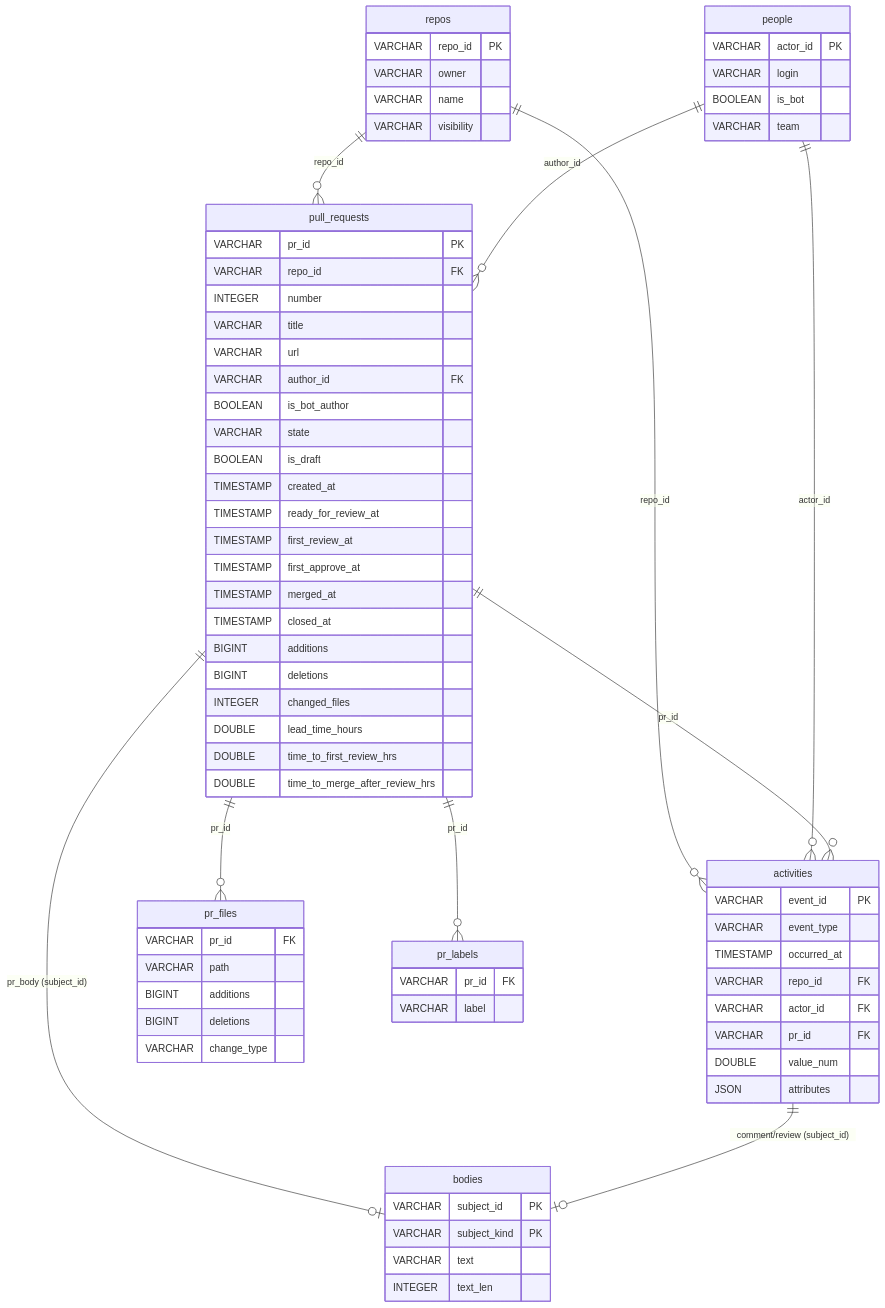
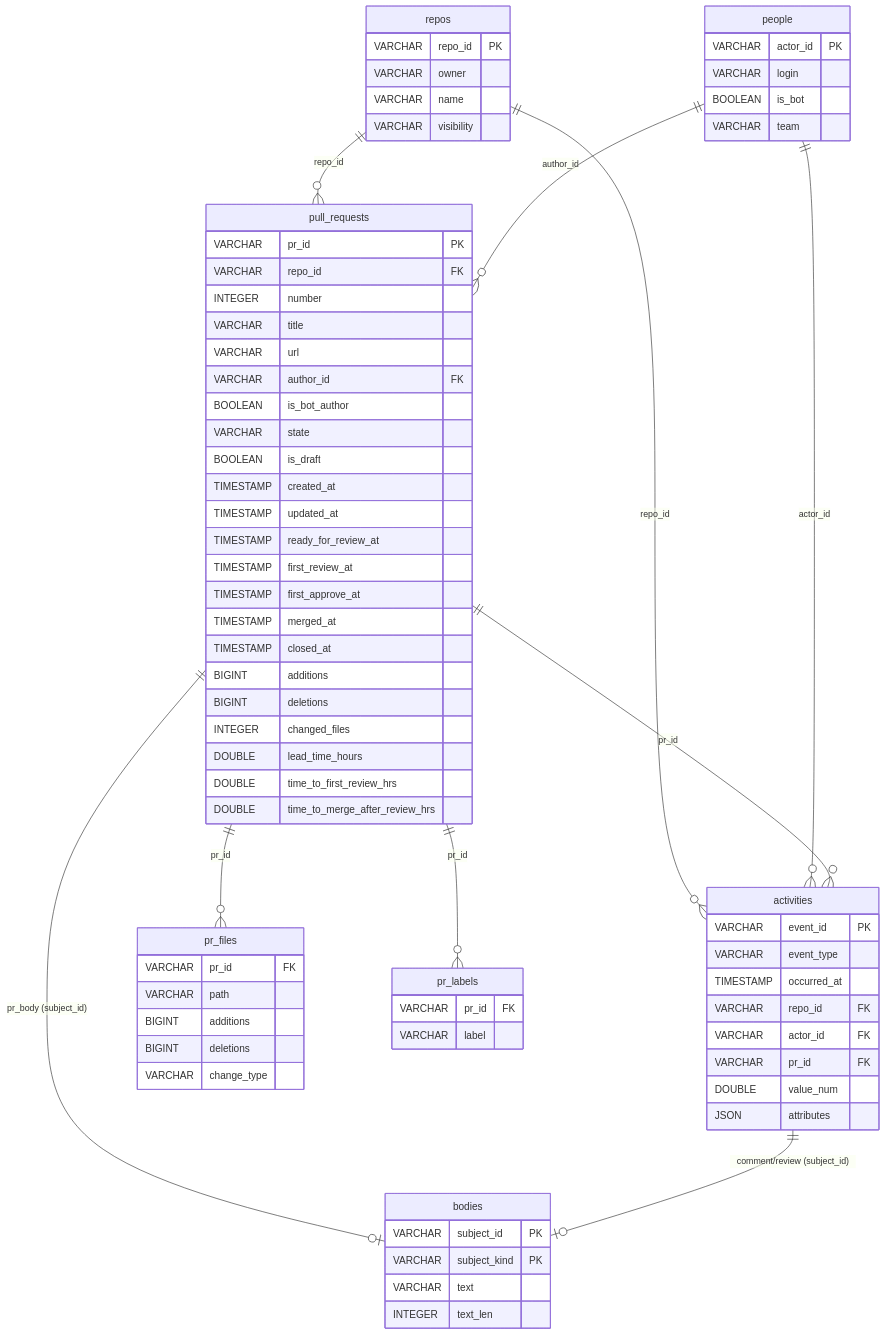
The diagram in docs/analytics-platform.md (gyvm/dev-prism), drawn with Mermaid before and after one commit. The commit also changed other lines of this file, not shown here.

````diff
--- a/docs/analytics-platform.md
+++ b/docs/analytics-platform.md
@@ -48,75 +51,76 @@
 ```mermaid
 erDiagram
     repos ||--o{ pull_requests : "repo_id"
     repos ||--o{ activities : "repo_id"
     people ||--o{ pull_requests : "author_id"
     people ||--o{ activities : "actor_id"
     pull_requests ||--o{ activities : "pr_id"
     pull_requests ||--o{ pr_files : "pr_id"
     pull_requests ||--o{ pr_labels : "pr_id"
     pull_requests ||--o| bodies : "pr_body (subject_id)"
     activities ||--o| bodies : "comment/review (subject_id)"
 
     activities {
         VARCHAR   event_id      PK
         VARCHAR   event_type
         TIMESTAMP occurred_at
         VARCHAR   repo_id       FK
         VARCHAR   actor_id      FK
         VARCHAR   pr_id         FK
         DOUBLE    value_num
         JSON      attributes
     }
     pull_requests {
         VARCHAR   pr_id                          PK
         VARCHAR   repo_id                        FK
         INTEGER   number
         VARCHAR   title
         VARCHAR   url
         VARCHAR   author_id                      FK
         BOOLEAN   is_bot_author
         VARCHAR   state
         BOOLEAN   is_draft
         TIMESTAMP created_at
+        TIMESTAMP updated_at
         TIMESTAMP ready_for_review_at
         TIMESTAMP first_review_at
         TIMESTAMP first_approve_at
         TIMESTAMP merged_at
         TIMESTAMP closed_at
         BIGINT    additions
         BIGINT    deletions
         INTEGER   changed_files
         DOUBLE    lead_time_hours
         DOUBLE    time_to_first_review_hrs
         DOUBLE    time_to_merge_after_review_hrs
     }
     pr_files {
         VARCHAR   pr_id         FK
         VARCHAR   path
         BIGINT    additions
         BIGINT    deletions
         VARCHAR   change_type
     }
     pr_labels {
         VARCHAR   pr_id         FK
         VARCHAR   label
     }
     people {
         VARCHAR   actor_id      PK
         VARCHAR   login
         BOOLEAN   is_bot
         VARCHAR   team
     }
     repos {
         VARCHAR   repo_id       PK
         VARCHAR   owner
         VARCHAR   name
         VARCHAR   visibility
     }
     bodies {
         VARCHAR   subject_id    PK
         VARCHAR   subject_kind  PK
         VARCHAR   text
         INTEGER   text_len
     }
 ```
````
